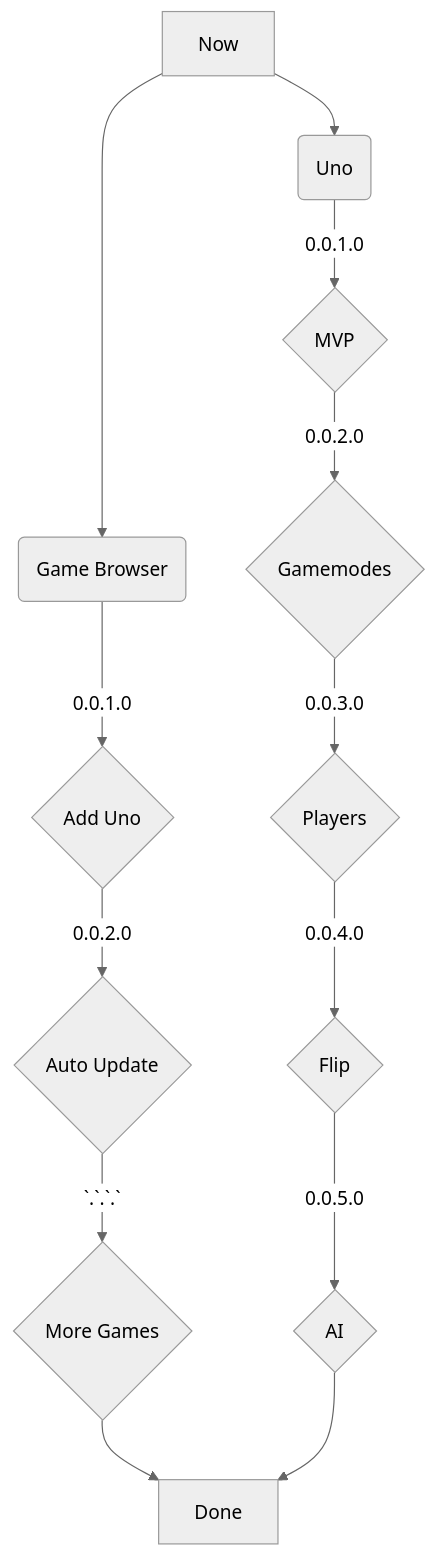
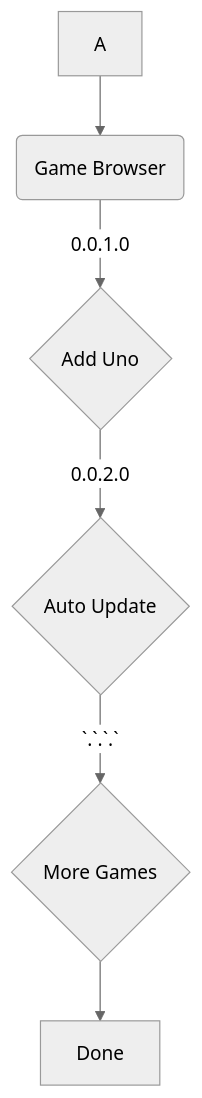
The diagram in README.md (Travis-DV/GamesRepo), drawn with Mermaid (neutral theme) before and after one commit.

````diff
--- a/README.md
+++ b/README.md
@@ -1,17 +1,9 @@
 ```mermaid
 graph TD;
-    A[Now]-->B(Uno);
-    B-->|0.0.1.0| C{MVP};
-    C-->|0.0.2.0| D{Gamemodes};
-    D-->|0.0.3.0| E{Players};
-    E-->|0.0.4.0| F{Flip};
-    F-->|0.0.5.0| G{AI};
+    A-->B(Game Browser);
+    B-->|0.0.1.0| C{Add Uno};
+    C-->|0.0.2.0| D{Auto Update};
+    D-->|`.`.`.`| E{More Games};
 
-    A-->H(Game Browser);
-    H-->|0.0.1.0| I{Add Uno};
-    I-->|0.0.2.0| J{Auto Update};
-    J-->|`.`.`.`| K{More Games};
-
-    K-->Z[Done];
-    G-->Z;
+    E-->Z[Done];
 ```
````
